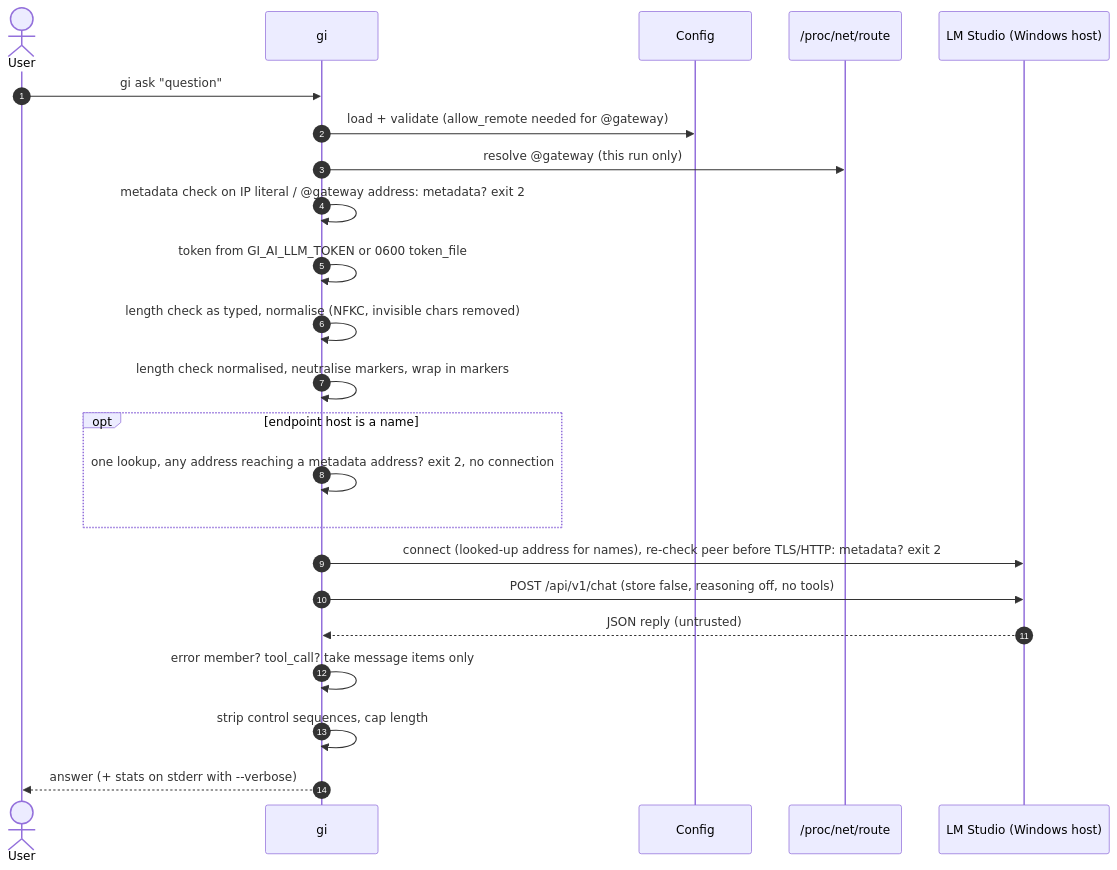
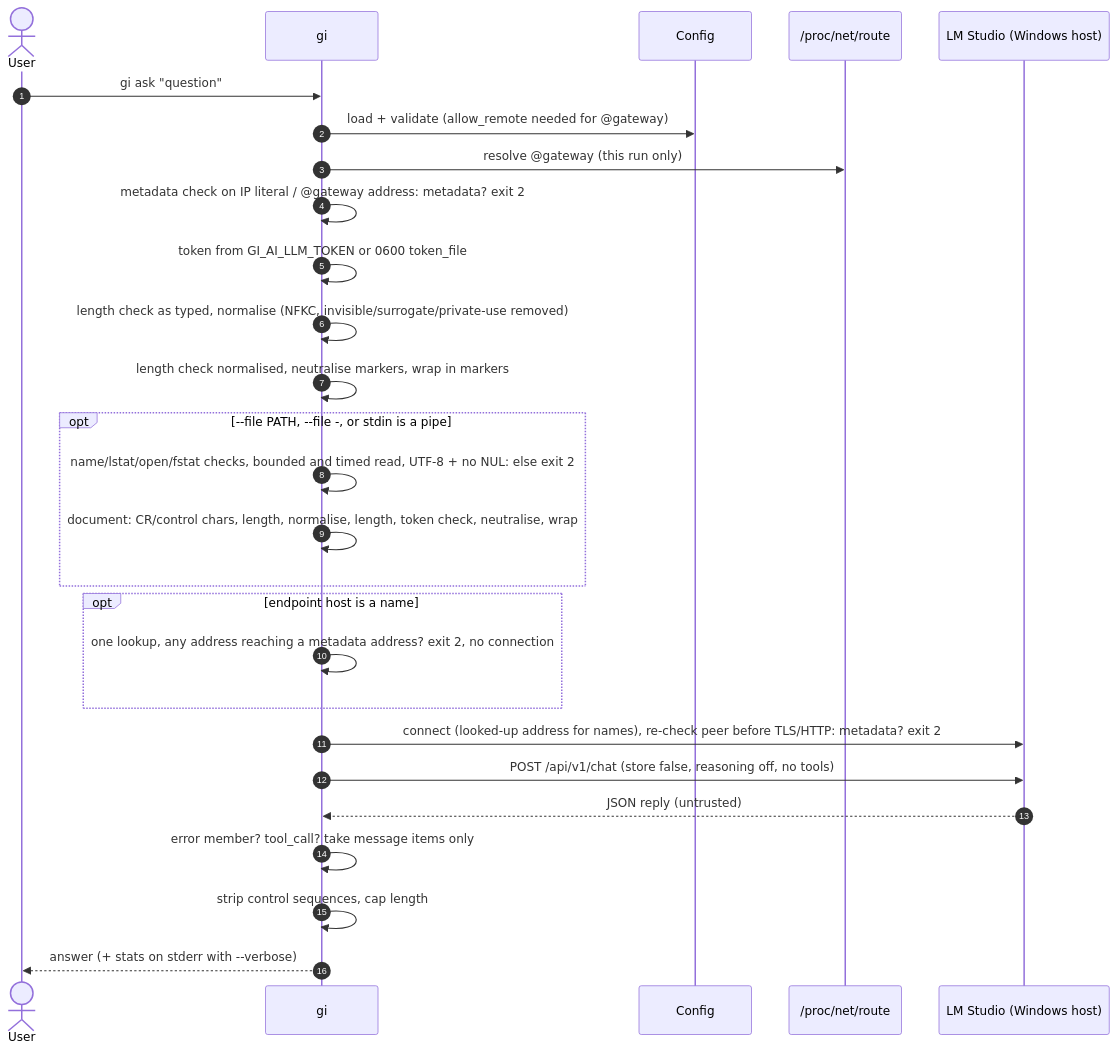
One commit to VadimBley/gi-ai changed the first of 2 diagrams in spec/SPEC-0001-gi-cli-core.md. Above: the diagram before and after it, drawn with Mermaid. The commit also changed other lines of this file and 27 other files, not shown here.

````diff
--- a/spec/SPEC-0001-gi-cli-core.md
+++ b/spec/SPEC-0001-gi-cli-core.md
@@ -292,25 +390,29 @@
 ```mermaid
 sequenceDiagram
     autonumber
     actor U as User
     participant G as gi
     participant C as Config
     participant R as /proc/net/route
     participant M as LM Studio (Windows host)
     U->>G: gi ask "question"
     G->>C: load + validate (allow_remote needed for @gateway)
     G->>R: resolve @gateway (this run only)
     G->>G: metadata check on IP literal / @gateway address: metadata? exit 2
     G->>G: token from GI_AI_LLM_TOKEN or 0600 token_file
-    G->>G: length check as typed, normalise (NFKC, invisible chars removed)
+    G->>G: length check as typed, normalise (NFKC, invisible/surrogate/private-use removed)
     G->>G: length check normalised, neutralise markers, wrap in markers
+    opt --file PATH, --file -, or stdin is a pipe
+        G->>G: name/lstat/open/fstat checks, bounded and timed read, UTF-8 + no NUL: else exit 2
+        G->>G: document: CR/control chars, length, normalise, length, token check, neutralise, wrap
+    end
     opt endpoint host is a name
         G->>G: one lookup, any address reaching a metadata address? exit 2, no connection
     end
     G->>M: connect (looked-up address for names), re-check peer before TLS/HTTP: metadata? exit 2
     G->>M: POST /api/v1/chat (store false, reasoning off, no tools)
     M-->>G: JSON reply (untrusted)
     G->>G: error member? tool_call? take message items only
     G->>G: strip control sequences, cap length
     G-->>U: answer (+ stats on stderr with --verbose)
 ```
````
